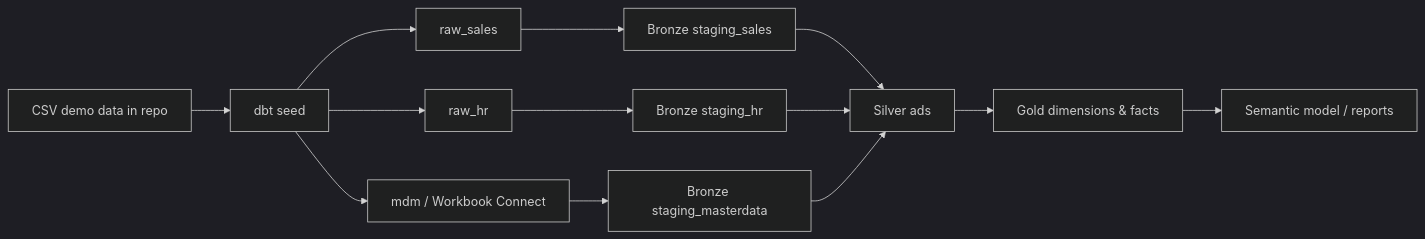
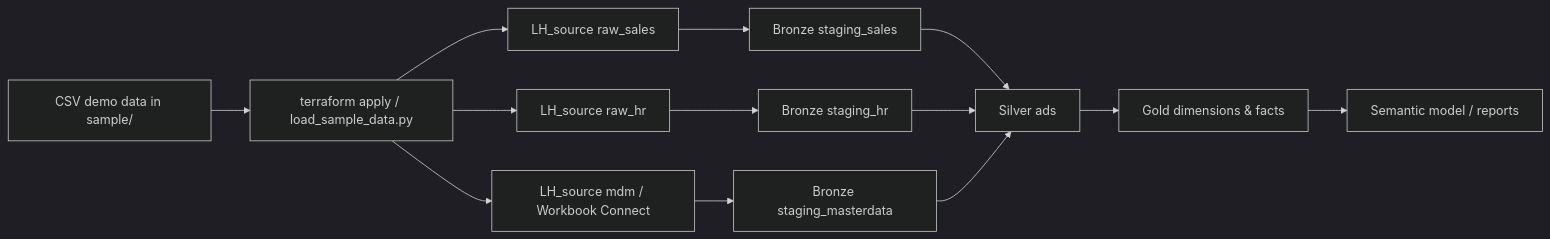
The diagram in README.md (PlainsightPro/fabric-dbt-accelerator), drawn with Mermaid (dark theme) before and after one commit. The commit also changed other lines of this file and 25 other files, not shown here.

````diff
--- a/README.md
+++ b/README.md
@@ -198,15 +210,15 @@
 ```mermaid
 flowchart LR
-    CSV[CSV demo data in repo] --> Seeds[dbt seed]
-    Seeds --> RawSales[raw_sales]
-    Seeds --> RawHR[raw_hr]
-    Seeds --> MDM[mdm / Workbook Connect]
+    CSV[CSV demo data in sample/] --> Loader[terraform apply / load_sample_data.py]
+    Loader --> RawSales[LH_source raw_sales]
+    Loader --> RawHR[LH_source raw_hr]
+    Loader --> MDM[LH_source mdm / Workbook Connect]
     RawSales --> BronzeSales[Bronze staging_sales]
     RawHR --> BronzeHR[Bronze staging_hr]
     MDM --> BronzeMDM[Bronze staging_masterdata]
     BronzeSales --> ADS[Silver ads]
     BronzeHR --> ADS
     BronzeMDM --> ADS
     ADS --> Gold[Gold dimensions & facts]
     Gold --> PowerBI[Semantic model / reports]
 ```
````
